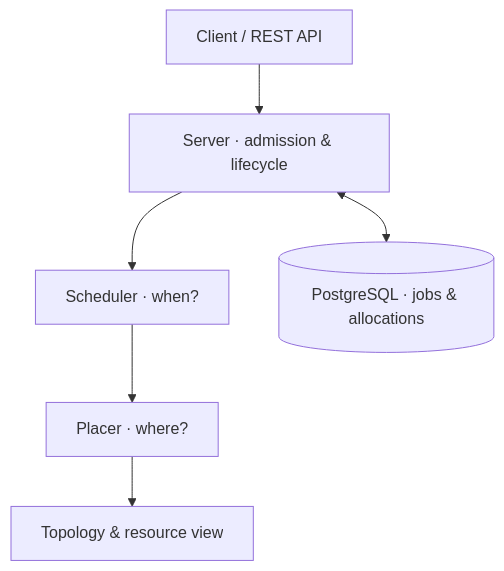
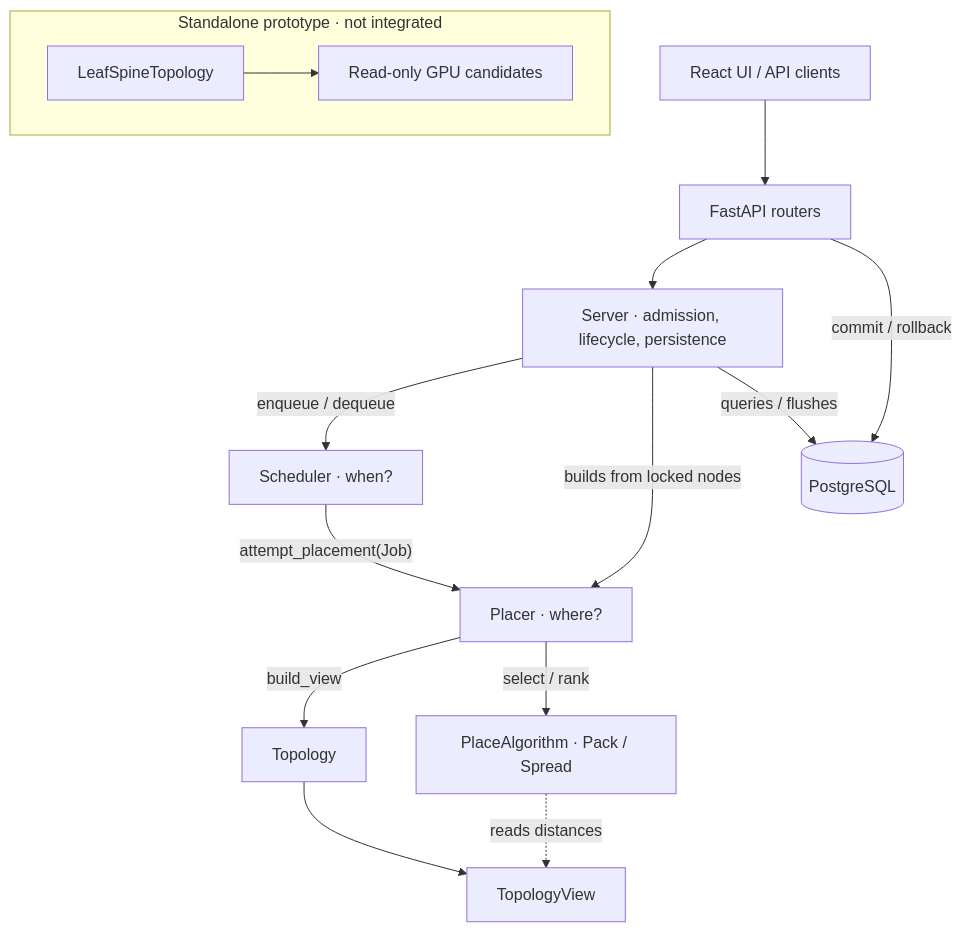
Before and after one commit to labo-man002/job-scheduler: the diagram in README.md, drawn with Mermaid. The commit also changed other lines of this file and 2 other files, not shown here.

Commit message:
docs: bring architecture and class diagrams in sync with implementation (#90)
* docs: replace outdated architecture and class diagrams with implemented model

* docs: align README architecture overview with live boundaries

* docs: correct stale architectural decisions and diagram references

* docs: clarify scheduler queue holds PendingJob references

* docs: clarify placer transaction ownership

* docs: restore when-versus-where design principle

* docs: retain when/where labels in architecture overview

* docs: leave scheduler source documentation unchanged

* docs: leave placer source documentation unchanged

* docs: clarify topology view, relationships and historical ERD

* docs: separate placement policy from topology view and flag historical ERD

* docs: distinguish reservation-eligible view from full cluster inventory

* docs: make call flow and topology view construction explicit

* docs: correct high-level scheduling and placement call arrows

````diff
--- a/README.md
+++ b/README.md
@@ -50,8 +50,18 @@
 ```mermaid
 flowchart TD
-    A["Client / REST API"] --> B["Server · admission & lifecycle"]
-    B --> C["Scheduler · when?"]
-    C --> D["Placer · where?"]
-    D --> E["Topology & resource view"]
-    B <--> F[("PostgreSQL · jobs & allocations")]
+    UI["React UI / API clients"] --> R["FastAPI routers"]
+    R --> S["Server · admission, lifecycle, persistence"]
+    S -- "enqueue / dequeue" --> Q["Scheduler · when?"]
+    S -- "builds from locked nodes" --> P["Placer · where?"]
+    Q -- "attempt_placement(Job)" --> P
+    P -- "build_view" --> T["Topology"]
+    T --> V["TopologyView"]
+    P -- "select / rank" --> ALG["PlaceAlgorithm · Pack / Spread"]
+    ALG -. "reads distances" .-> V
+    S -- "queries / flushes" --> DB[("PostgreSQL")]
+    R -- "commit / rollback" --> DB
+
+    subgraph FABRIC["Standalone prototype · not integrated"]
+        LS["LeafSpineTopology"] --> CF["Read-only GPU candidates"]
+    end
 ```
````
